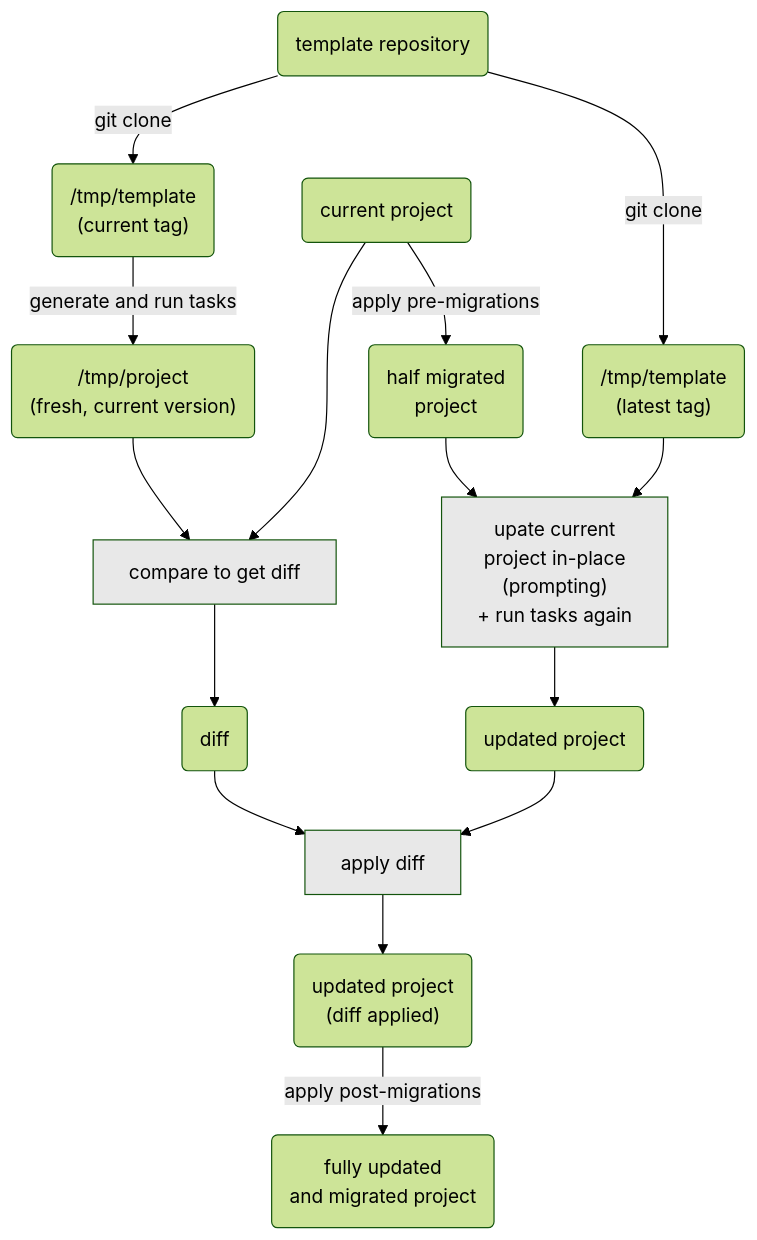
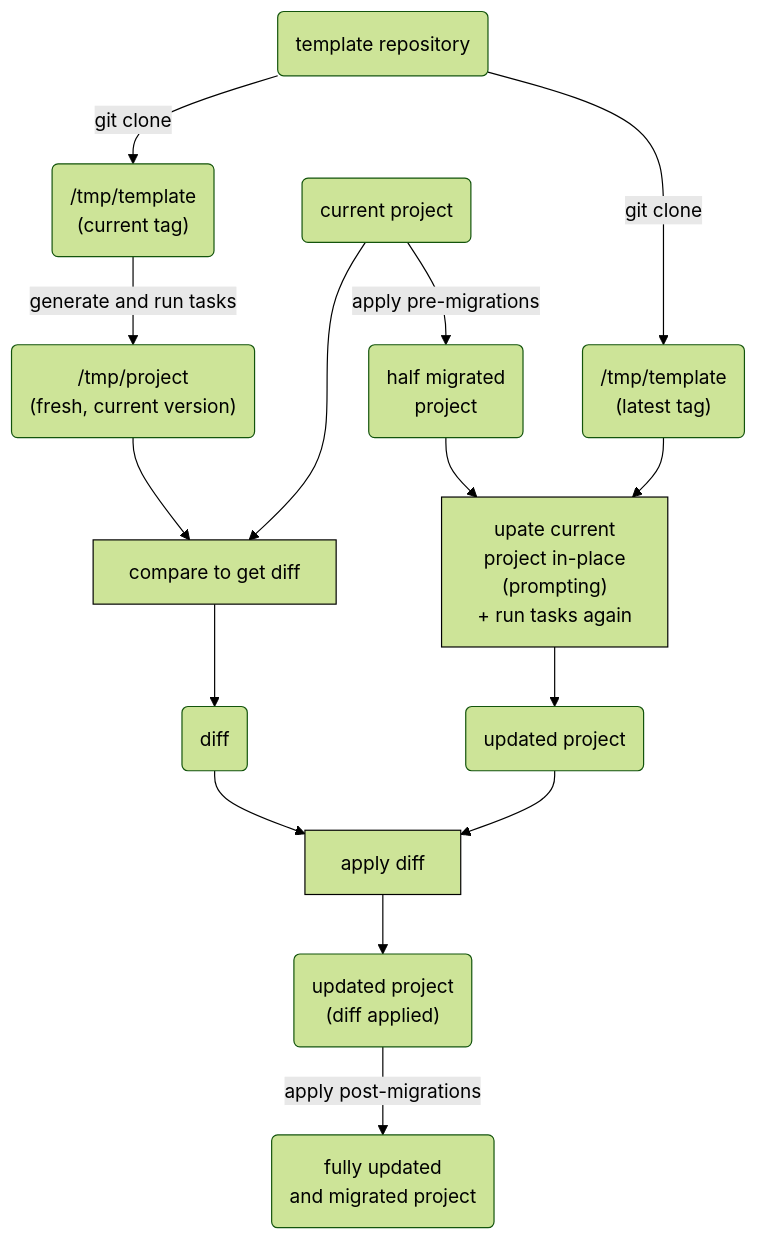
The diagram in docs/updating.md (copier-org/copier), drawn with Mermaid (forest theme) before and after one commit. The commit also changed 2 other files, not shown here.

Commit message:
docs: Change diagram colors when switching between dark and light themes (#544)

````diff
--- a/docs/updating.md
+++ b/docs/updating.md
@@ -82,42 +82,42 @@
 ```mermaid
 graph TD
 
 %% nodes ----------------------------------------------------------
 template_repo("template repository")
 template_current("/tmp/template<br>(current tag)")
 template_latest("/tmp/template<br>(latest tag)")
 
 project_regen("/tmp/project<br>(fresh, current version)")
 project_current("current project")
 project_half("half migrated<br>project")
 project_updated("updated project")
 project_applied("updated project<br>(diff applied)")
 project_full("fully updated<br>and migrated project")
 
 update["upate current<br>project in-place<br>(prompting)<br>+ run tasks again"]
 compare["compare to get diff"]
 apply["apply diff"]
 
 diff("diff")
 
 %% edges ----------------------------------------------------------
         template_repo --> |git clone| template_current
         template_repo --> |git clone| template_latest
 
      template_current --> |generate and run tasks| project_regen
       project_current --> compare
       project_current --> |apply pre-migrations| project_half
         project_regen --> compare
          project_half --> update
       template_latest --> update
                update --> project_updated
               compare --> diff
                  diff --> apply
       project_updated --> apply
                 apply --> project_applied
       project_applied --> |apply post-migrations| project_full
 
 %% style ----------------------------------------------------------
-classDef grey fill:#e8e8e8;
-class compare,update,apply grey;
+classDef blackborder stroke:#000;
+class compare,update,apply blackborder;
 ```
````
